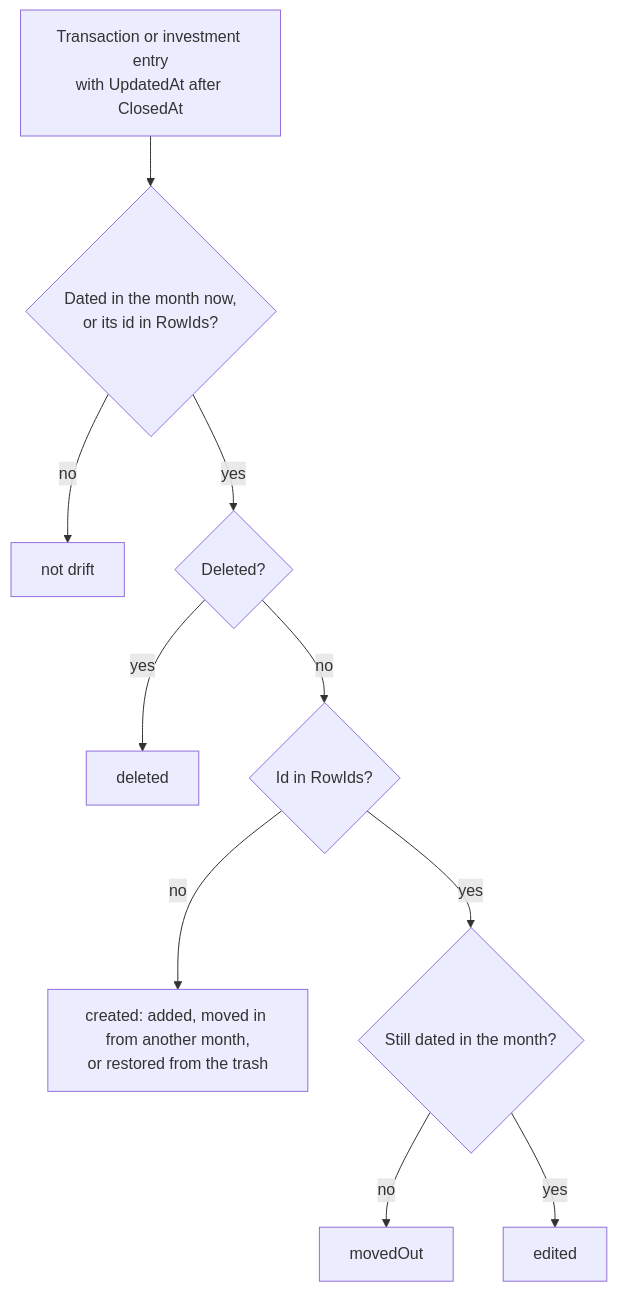
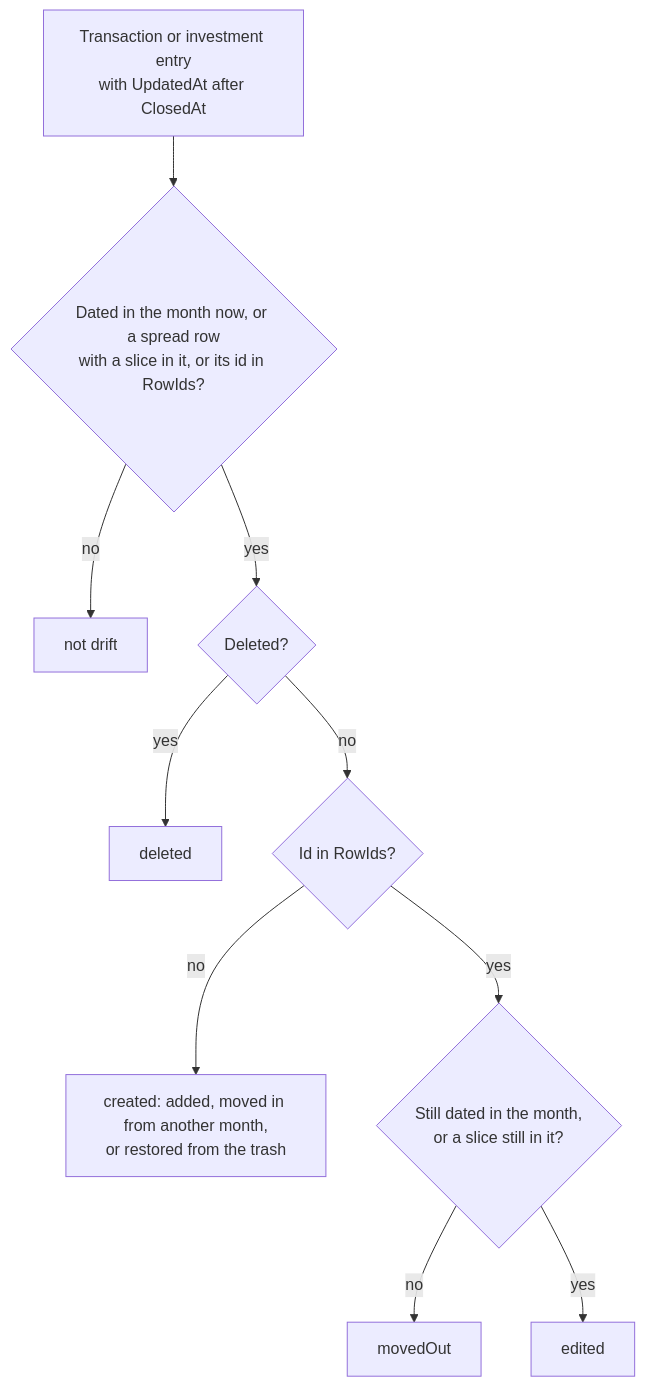
One commit to Justxs/Jx-Finance changed the second of 2 diagrams in docs/features/month-end-close.md. Above: the diagram before and after it, drawn with Mermaid. The commit also changed other lines of this file and 119 other files, not shown here.

````diff
--- a/docs/features/month-end-close.md
+++ b/docs/features/month-end-close.md
@@ -62,12 +64,12 @@
 ```mermaid
 flowchart TD
-    Row["Transaction or investment entry<br/>with UpdatedAt after ClosedAt"] --> In{"Dated in the month now,<br/>or its id in RowIds?"}
+    Row["Transaction or investment entry<br/>with UpdatedAt after ClosedAt"] --> In{"Dated in the month now, or a spread row<br/>with a slice in it, or its id in RowIds?"}
     In -->|"no"| Ignore["not drift"]
     In -->|"yes"| Del{"Deleted?"}
     Del -->|"yes"| Deleted["deleted"]
     Del -->|"no"| Known{"Id in RowIds?"}
     Known -->|"no"| Created["created: added, moved in from another month,<br/>or restored from the trash"]
-    Known -->|"yes"| Where{"Still dated in the month?"}
+    Known -->|"yes"| Where{"Still dated in the month,<br/>or a slice still in it?"}
     Where -->|"no"| Moved["movedOut"]
     Where -->|"yes"| Edited["edited"]
 ```
````
